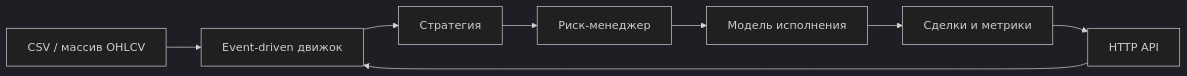
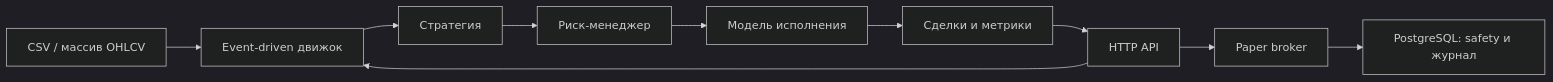
The diagram in README.md (PCenjoyer/TradingMaster), drawn with Mermaid (dark theme) before and after one commit. The commit also changed other lines of this file and 35 other files, not shown here.

```diff
--- a/README.md
+++ b/README.md
@@ -81,10 +89,12 @@
 ~~~mermaid
 flowchart LR
     D["CSV / массив OHLCV"] --> E["Event-driven движок"]
     E --> S["Стратегия"]
     S --> R["Риск-менеджер"]
     R --> F["Модель исполнения"]
     F --> M["Сделки и метрики"]
     A["HTTP API"] --> E
     M --> A
+    P["Paper broker"] --> J["PostgreSQL: safety и журнал"]
+    A --> P
 ~~~
```
